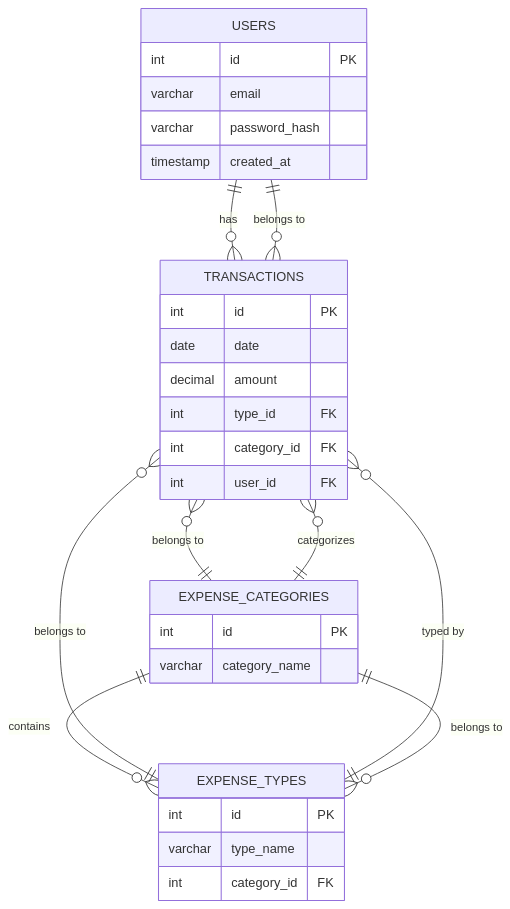
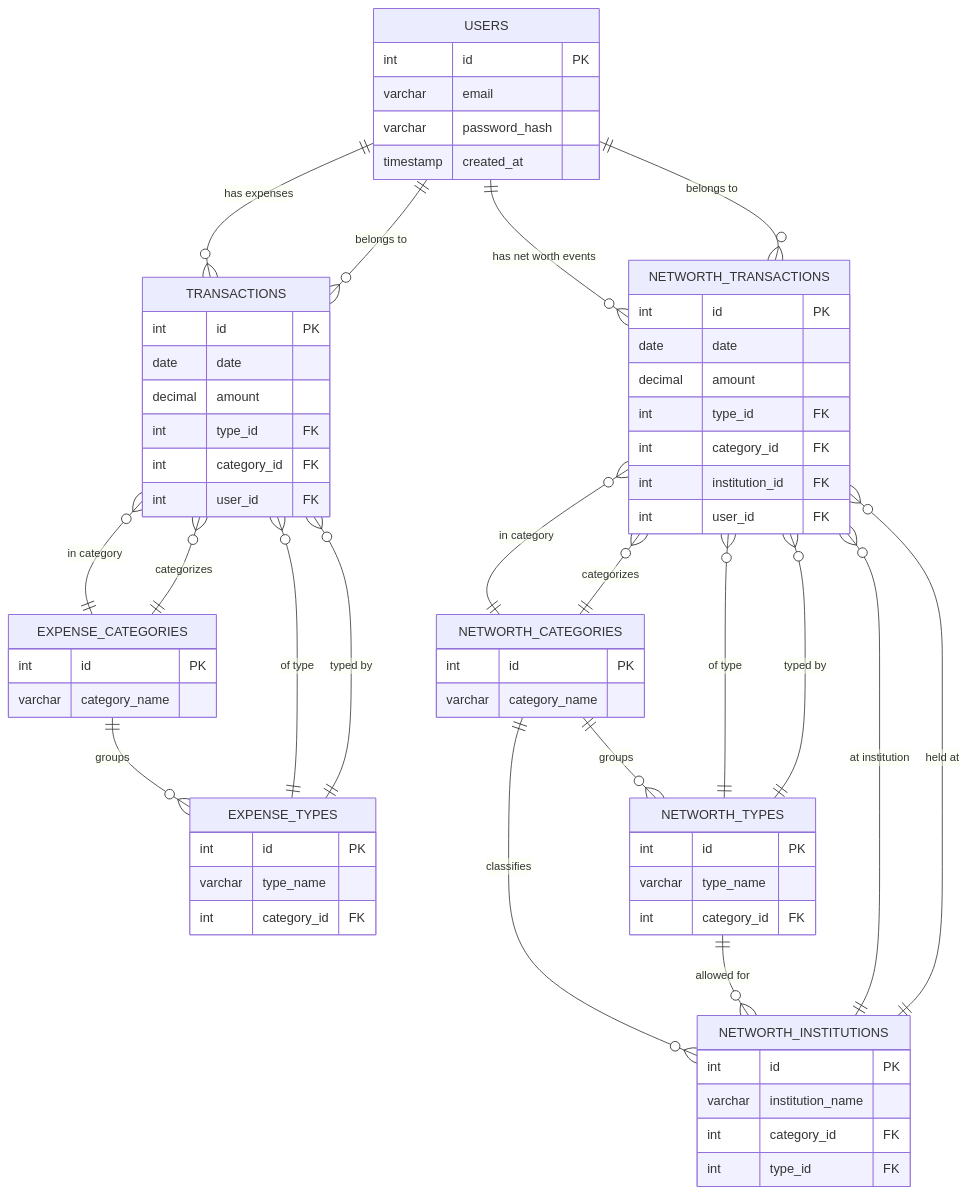
Before and after one commit to georgezefko/finance-tracker: the second of 2 diagrams in README.md, drawn with Mermaid. The commit also changed other lines of this file, not shown here.

Commit message:
docs(readme): added networth additions

````diff
--- a/README.md
+++ b/README.md
@@ -121,35 +131,79 @@
 ```mermaid
 erDiagram
     USERS {
         int id PK
         varchar email
         varchar password_hash
         timestamp created_at
     }
+
     TRANSACTIONS {
         int id PK
         date date
         decimal amount
         int type_id FK
         int category_id FK
         int user_id FK
     }
+
     EXPENSE_CATEGORIES {
         int id PK
         varchar category_name
     }
+
     EXPENSE_TYPES {
         int id PK
         varchar type_name
         int category_id FK
     }
-    
-    USERS ||--o{ TRANSACTIONS : "has"
-    EXPENSE_CATEGORIES ||--o{ EXPENSE_TYPES : "contains"
+
+    NETWORTH_CATEGORIES {
+        int id PK
+        varchar category_name
+    }
+
+    NETWORTH_TYPES {
+        int id PK
+        varchar type_name
+        int category_id FK
+    }
+
+    NETWORTH_INSTITUTIONS {
+        int id PK
+        varchar institution_name
+        int category_id FK
+        int type_id FK
+    }
+
+    NETWORTH_TRANSACTIONS {
+        int id PK
+        date date
+        decimal amount
+        int type_id FK
+        int category_id FK
+        int institution_id FK
+        int user_id FK
+    }
+
+    %% Expense relationships
+    USERS ||--o{ TRANSACTIONS : "has expenses"
+    EXPENSE_CATEGORIES ||--o{ EXPENSE_TYPES : "groups"
     EXPENSE_CATEGORIES ||--o{ TRANSACTIONS : "categorizes"
     EXPENSE_TYPES ||--o{ TRANSACTIONS : "typed by"
-    EXPENSE_TYPES }o--|| EXPENSE_CATEGORIES : "belongs to"
     TRANSACTIONS }o--|| USERS : "belongs to"
-    TRANSACTIONS }o--|| EXPENSE_CATEGORIES : "belongs to"
-    TRANSACTIONS }o--|| EXPENSE_TYPES : "belongs to"
+    TRANSACTIONS }o--|| EXPENSE_CATEGORIES : "in category"
+    TRANSACTIONS }o--|| EXPENSE_TYPES : "of type"
+
+    %% Net worth relationships
+    USERS ||--o{ NETWORTH_TRANSACTIONS : "has net worth events"
+    NETWORTH_CATEGORIES ||--o{ NETWORTH_TYPES : "groups"
+    NETWORTH_CATEGORIES ||--o{ NETWORTH_INSTITUTIONS : "classifies"
+    NETWORTH_CATEGORIES ||--o{ NETWORTH_TRANSACTIONS : "categorizes"
+    NETWORTH_TYPES ||--o{ NETWORTH_INSTITUTIONS : "allowed for"
+    NETWORTH_TYPES ||--o{ NETWORTH_TRANSACTIONS : "typed by"
+    NETWORTH_INSTITUTIONS ||--o{ NETWORTH_TRANSACTIONS : "held at"
+    NETWORTH_TRANSACTIONS }o--|| USERS : "belongs to"
+    NETWORTH_TRANSACTIONS }o--|| NETWORTH_CATEGORIES : "in category"
+    NETWORTH_TRANSACTIONS }o--|| NETWORTH_TYPES : "of type"
+    NETWORTH_TRANSACTIONS }o--|| NETWORTH_INSTITUTIONS : "at institution"
 ```
````
